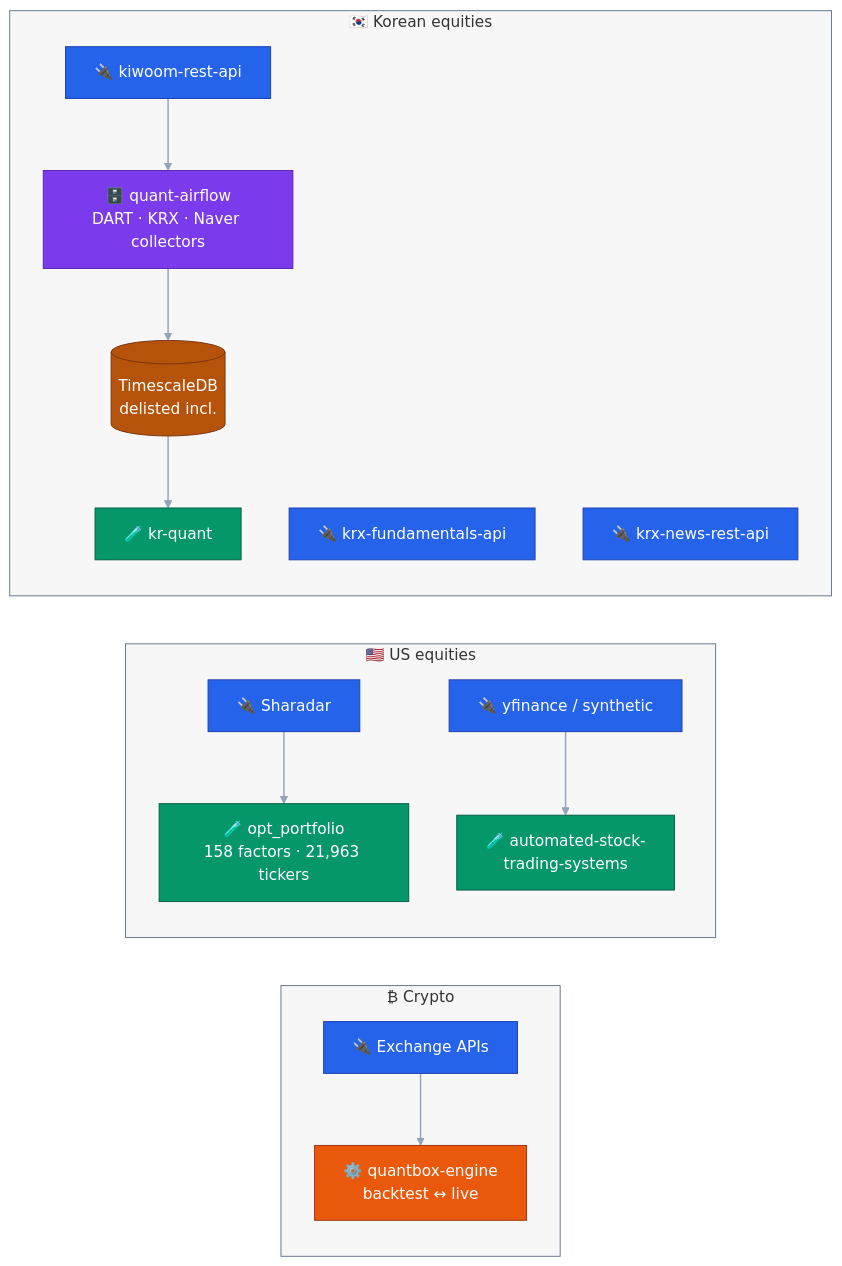
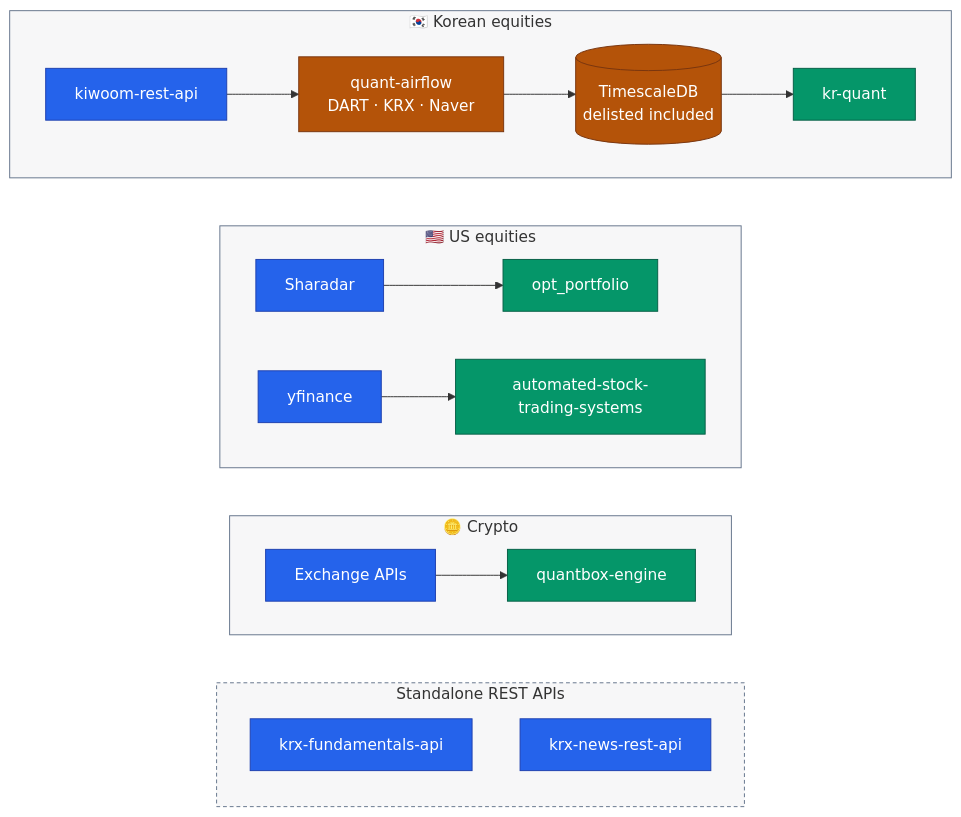
The diagram in README.md (younghwan91/younghwan91), drawn with Mermaid before and after one commit. The commit also changed other lines of this file, not shown here.

Commit message:
docs: 다이어그램 구조 재설계 — 시장별 한 줄, 색은 역할
난잡함의 원인 셋을 걷어낸다.

1. linkStyle 인덱스 수동 관리 — `~~~` 는 그 자체로 보이지 않는 링크라
   linkStyle 로 숨길 필요가 없었다. 배선을 하나 고칠 때마다 인덱스를 다시
   세야 했던 취약점이 사라진다.
2. classDef 5종(소스·파이프·스토어·리서치·크립토) → 3종. 색이 시장이 아니라
   역할(소스 / 수집·저장 / 리서치·엔진)을 뜻하게 통일하고, 무슨 색인지
   그림 아래 한 줄로 밝힌다.
3. 노드 이모지 제거, 시장 표시는 서브그래프 제목에만. ₿ 는 렌더러에서
   두부로 깨져 🪙 로 교체.

배선을 지우며 떠 있게 된 두 REST API 는 점선 "Standalone REST APIs" 로 묶는다.
바깥 TB + 안쪽 LR 로 시장당 한 줄이 되어 세로 길이가 줄었다.

mermaid.ink 로 실제 렌더해 확인했다.

````diff
--- a/README.md
+++ b/README.md
@@ -28,44 +28,40 @@
 ```mermaid
-flowchart TD
+flowchart TB
     subgraph KR ["🇰🇷 Korean equities"]
-        direction TB
-        K["🔌 kiwoom-rest-api"] --> AF
-        AF["🗄️ quant-airflow<br/>DART · KRX · Naver collectors"] --> DB[("TimescaleDB<br/>delisted incl.")]
-        DB --> Q["🧪 kr-quant"]
-        F["🔌 krx-fundamentals-api"]
-        NW["🔌 krx-news-rest-api"]
+        direction LR
+        K["kiwoom-rest-api"] --> AF["quant-airflow<br/>DART · KRX · Naver"] --> DB[("TimescaleDB<br/>delisted included")] --> Q["kr-quant"]
     end
 
     subgraph US ["🇺🇸 US equities"]
-        direction TB
-        SH["🔌 Sharadar"] --> O["🧪 opt_portfolio<br/>158 factors · 21,963 tickers"]
-        YF["🔌 yfinance / synthetic"] --> AT["🧪 automated-stock-<br/>trading-systems"]
+        direction LR
+        SH["Sharadar"] --> O["opt_portfolio"]
+        YF["yfinance"] --> AT["automated-stock-trading-systems"]
     end
 
-    subgraph CX ["₿ Crypto"]
-        direction TB
-        EX["🔌 Exchange APIs"] --> CR["⚙️ quantbox-engine<br/>backtest ↔ live"]
+    subgraph CX ["🪙 Crypto"]
+        direction LR
+        EX["Exchange APIs"] --> CR["quantbox-engine"]
     end
 
-    KR ~~~ US ~~~ CX
+    subgraph SVC ["Standalone REST APIs"]
+        direction TB
+        F["krx-fundamentals-api"]
+        NW["krx-news-rest-api"]
+    end
 
-    classDef src    fill:#2563EB,stroke:#1E40AF,stroke-width:1px,color:#FFFFFF
-    classDef pipe   fill:#7C3AED,stroke:#5B21B6,stroke-width:1px,color:#FFFFFF
-    classDef store  fill:#B45309,stroke:#78350F,stroke-width:1px,color:#FFFFFF
-    classDef res    fill:#059669,stroke:#065F46,stroke-width:1px,color:#FFFFFF
-    classDef crypto fill:#EA580C,stroke:#9A3412,stroke-width:1px,color:#FFFFFF
+    %% 세로 정렬용 — `~~~` 는 그 자체로 보이지 않는 링크다(linkStyle 불필요).
+    KR ~~~ US ~~~ CX ~~~ SVC
 
-    class K,F,NW,EX,SH,YF src
-    class AF pipe
-    class DB store
-    class Q,O,AT res
-    class CR crypto
+    classDef source fill:#2563EB,stroke:#1E40AF,color:#FFFFFF
+    classDef move   fill:#B45309,stroke:#78350F,color:#FFFFFF
+    classDef out    fill:#059669,stroke:#065F46,color:#FFFFFF
 
-    style KR fill:#0F172A08,stroke:#64748B,stroke-width:1px
-    style US fill:#0F172A08,stroke:#64748B,stroke-width:1px
-    style CX fill:#0F172A08,stroke:#64748B,stroke-width:1px
+    class K,SH,YF,EX,F,NW source
+    class AF,DB move
+    class Q,O,AT,CR out
 
-    %% 0-5: 실제 데이터 흐름 / 6-7: 서브그래프 세로 정렬용 (숨김)
-    linkStyle 0,1,2,3,4,5 stroke:#94A3B8,stroke-width:1.5px
-    linkStyle 6,7 stroke-width:0px,stroke:none,fill:none
+    style KR  fill:#0F172A08,stroke:#64748B
+    style US  fill:#0F172A08,stroke:#64748B
+    style CX  fill:#0F172A08,stroke:#64748B
+    style SVC fill:#0F172A08,stroke:#64748B,stroke-dasharray:4 3
 ```
````
